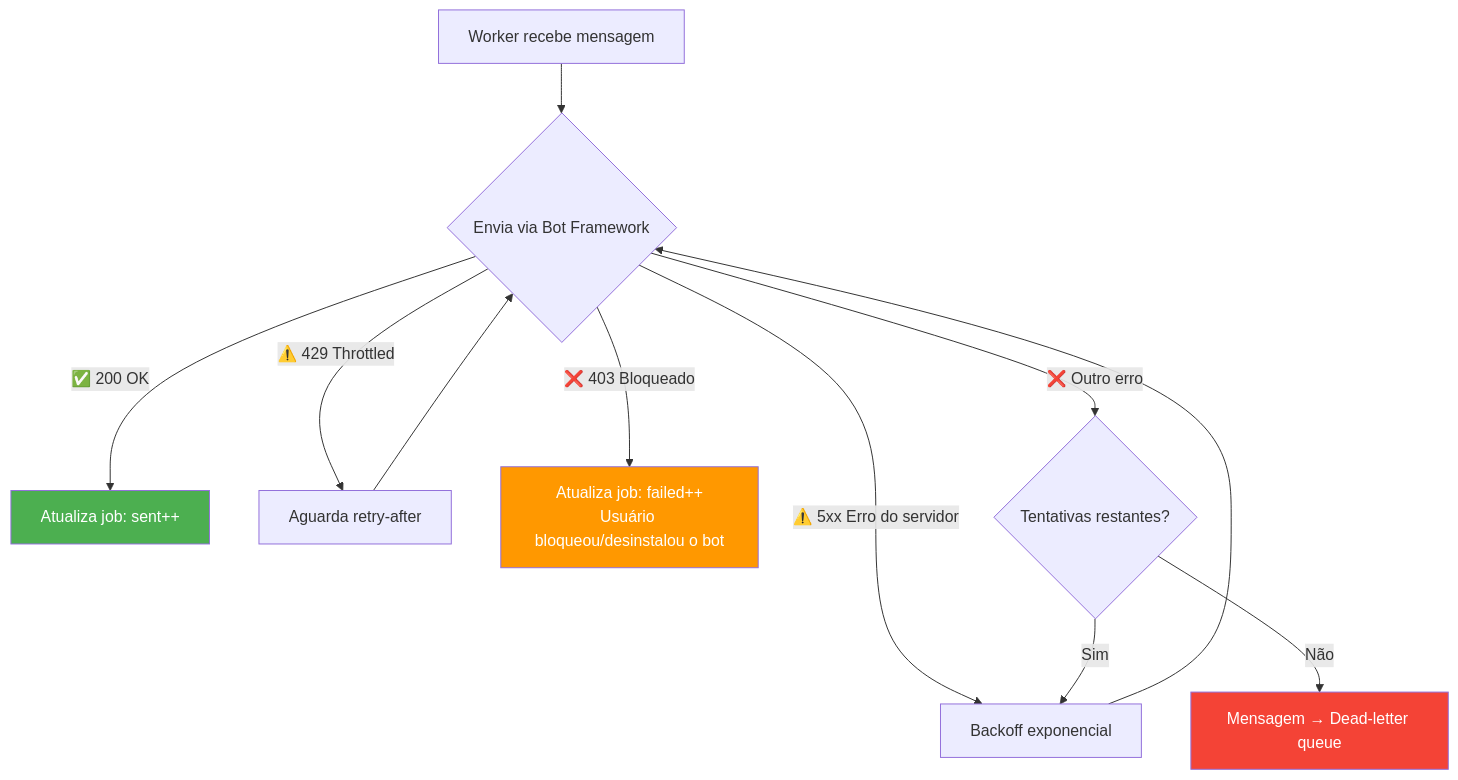
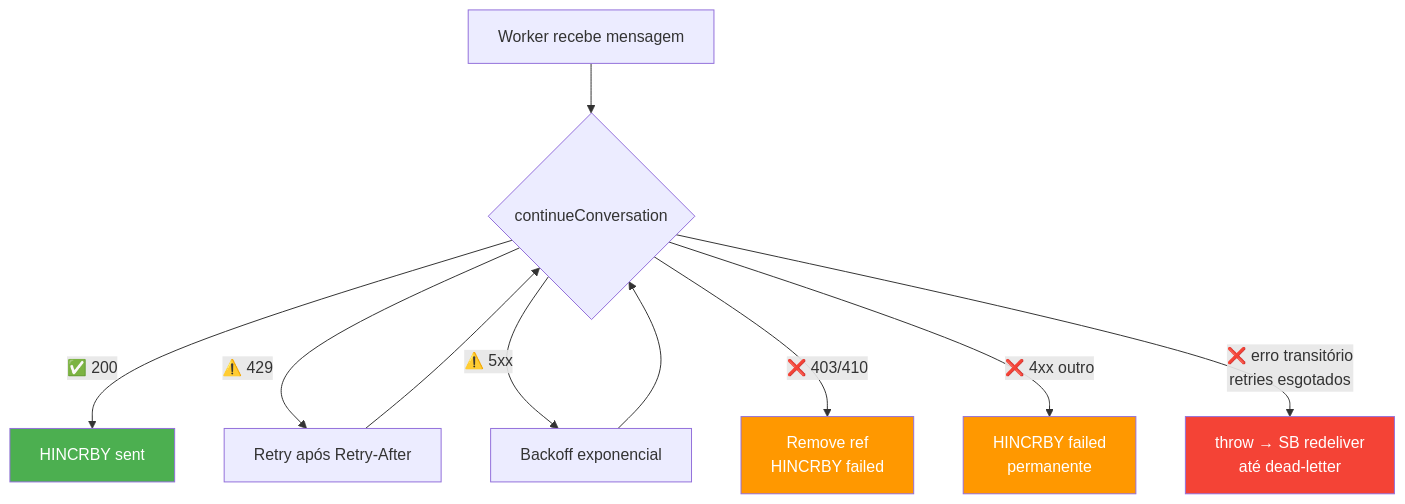
Before and after one commit to EdneiMonteiro/teams_msgs: the fourth of 4 diagrams in README.md, drawn with Mermaid. The commit also changed other lines of this file and 24 other files, not shown here.

````diff
--- a/README.md
+++ b/README.md
@@ -214,17 +150,17 @@
 ```mermaid
 flowchart TD
-    A[Worker recebe mensagem] --> B{Envia via Bot Framework}
-    B -->|✅ 200 OK| C[Atualiza job: sent++]
-    B -->|⚠️ 429 Throttled| D[Aguarda retry-after]
+    A[Worker recebe mensagem] --> B{continueConversation}
+    B -->|✅ 200| C[HINCRBY sent]
+    B -->|⚠️ 429| D[Retry após Retry-After]
     D --> B
-    B -->|⚠️ 5xx Erro do servidor| E[Backoff exponencial]
+    B -->|⚠️ 5xx| E[Backoff exponencial]
     E --> B
-    B -->|❌ 403 Bloqueado| F[Atualiza job: failed++<br/>Usuário bloqueou/desinstalou o bot]
-    B -->|❌ Outro erro| G{Tentativas restantes?}
-    G -->|Sim| E
-    G -->|Não| H[Mensagem → Dead-letter queue]
+    B -->|❌ 403/410| F[Remove ref<br/>HINCRBY failed]
+    B -->|❌ 4xx outro| G[HINCRBY failed<br/>permanente]
+    B -->|❌ erro transitório<br/>retries esgotados| H[throw → SB redeliver<br/>até dead-letter]
 
     style C fill:#4CAF50,color:#fff
     style F fill:#FF9800,color:#fff
+    style G fill:#FF9800,color:#fff
     style H fill:#f44336,color:#fff
 ```
````
